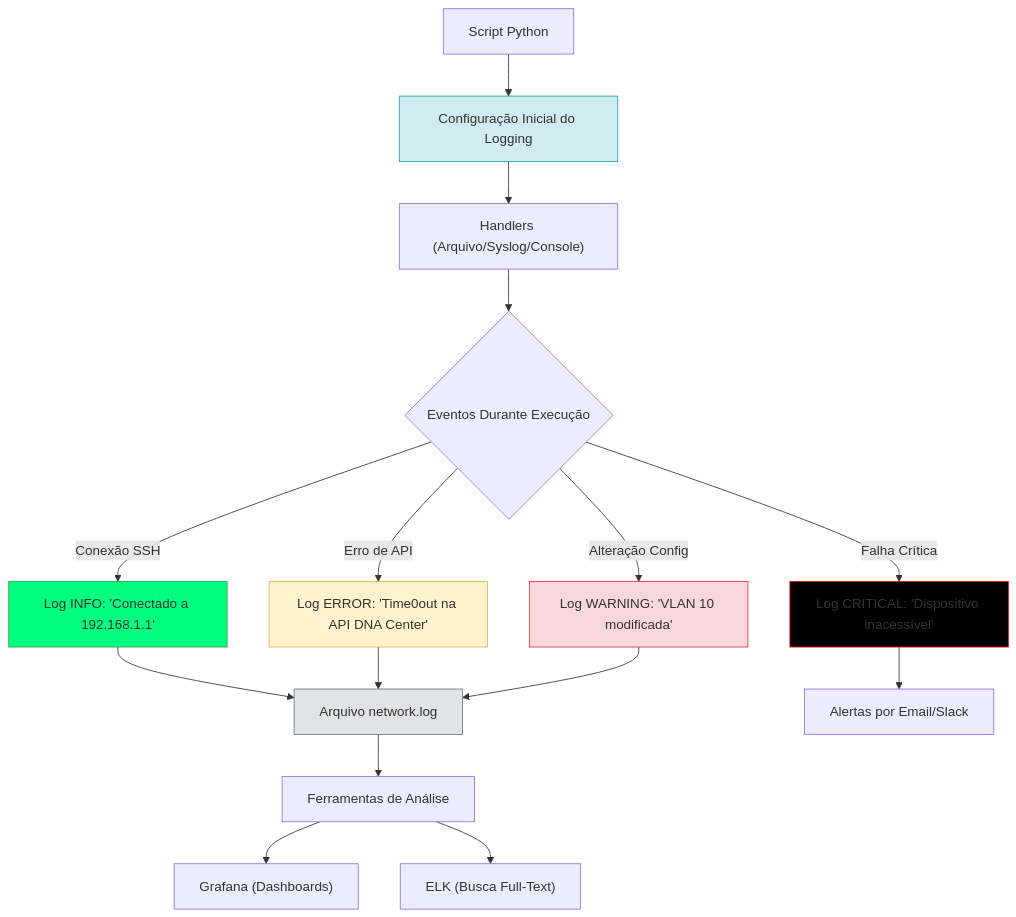
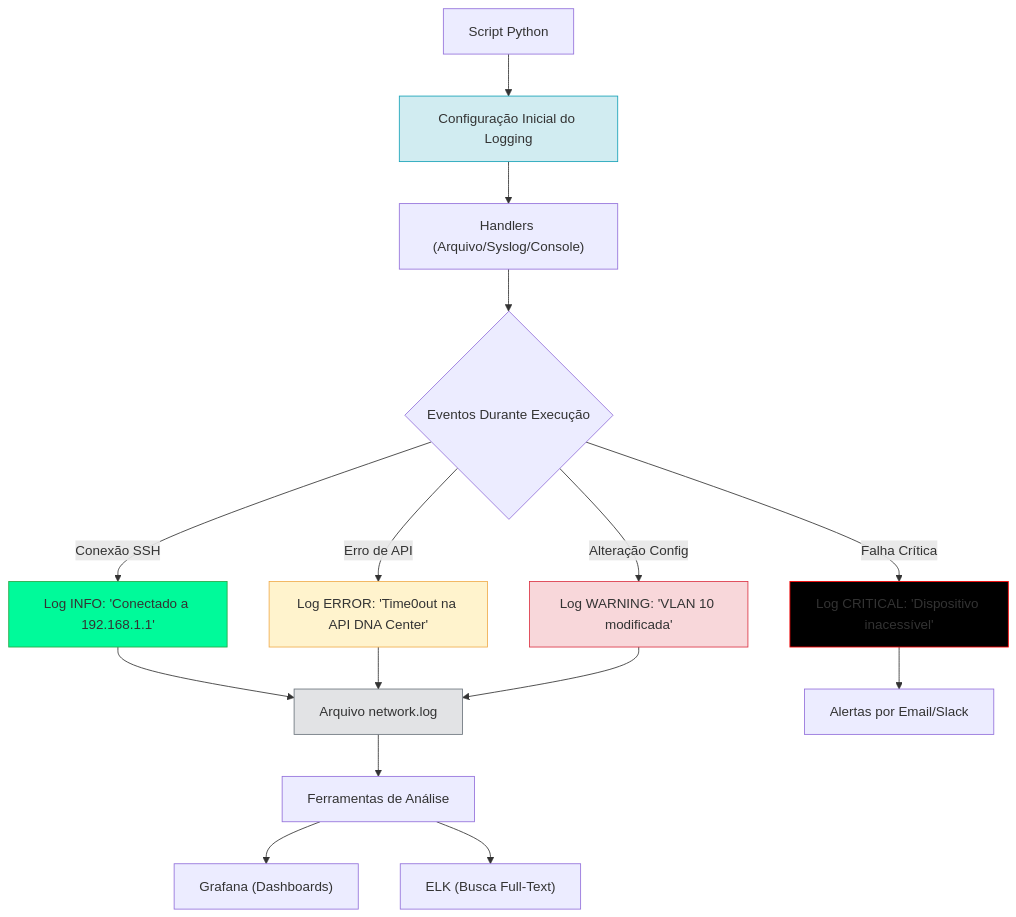
One commit to alcancil/Cisco changed the diagram in CCNP 350-401 ENCOR/06 - Automation/17- Python - Basico 12 - Logging/README.md. Above: the diagram before and after it, drawn with Mermaid.

Commit message:
Alterado o arquivo README.md

````diff
--- a/CCNP 350-401 ENCOR/06 - Automation/17- Python - Basico 12 - Logging/README.md
+++ b/CCNP 350-401 ENCOR/06 - Automation/17- Python - Basico 12 - Logging/README.md
@@ -32,24 +32,24 @@
 ```mermaid
 graph TB
     A[Script Python] --> B[Configuração Inicial do Logging]
     B --> C["Handlers (Arquivo/Syslog/Console)"]
     C --> D{"Eventos Durante Execução"}
     D -->|Conexão SSH| E[Log INFO: 'Conectado a 192.168.1.1']
     D -->|Erro de API| F[Log ERROR: 'Time0out na API DNA Center']
     D -->|Alteração Config| G[Log WARNING: 'VLAN 10 modificada']
     D -->|Falha Crítica| H[Log CRITICAL: 'Dispositivo inacessível']
     E --> I[Arquivo network.log]
     F --> I
     G --> I
     H --> J[Alertas por Email/Slack]
     I --> K[Ferramentas de Análise]
     K --> L["Grafana (Dashboards)"]
     K --> M["ELK (Busca Full-Text)"]
 
     style B fill:#d1ecf1,stroke:#17a2b8,color:#000000  # Configuracao
-    style E fill:#00FF7F,stroke:#28a745,color:#000000  # INFO
+    style E fill:#00FA9A,stroke:#28a745,color:#000000  # INFO
     style F fill:#fff3cd,stroke:#f0ad4e,color:#000000  # ERROR
     style G fill:#f8d7da,stroke:#dc3545,color:#000000  # WARNING
     style H fill:#000000,stroke:#ff0000,color:#ffffff  # CRITICAL
     style I fill:#e2e3e5,stroke:#6c757d,color:#000000  # Arquivo
 ```
````
